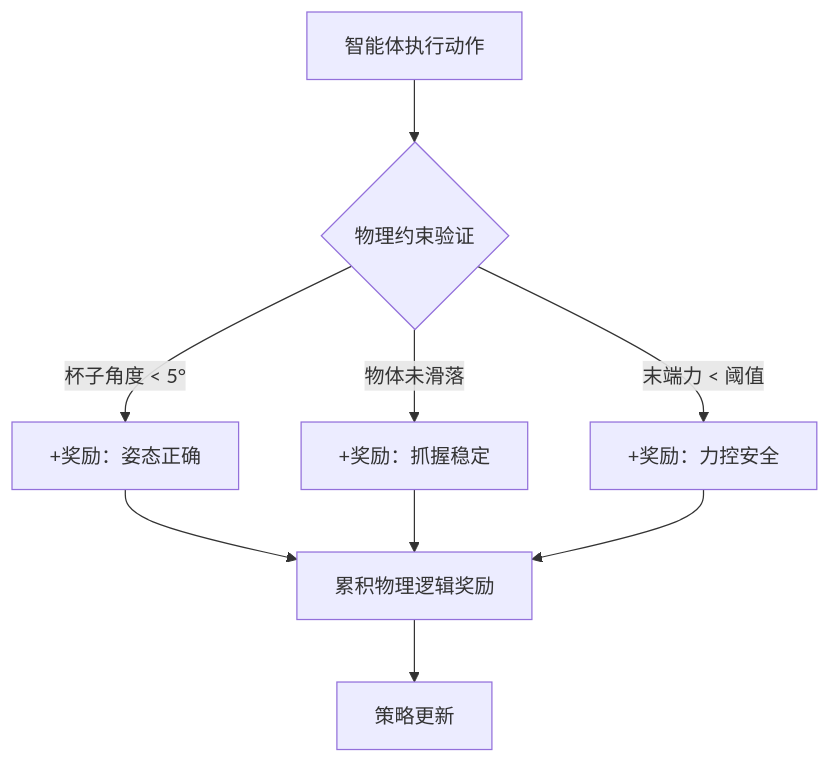
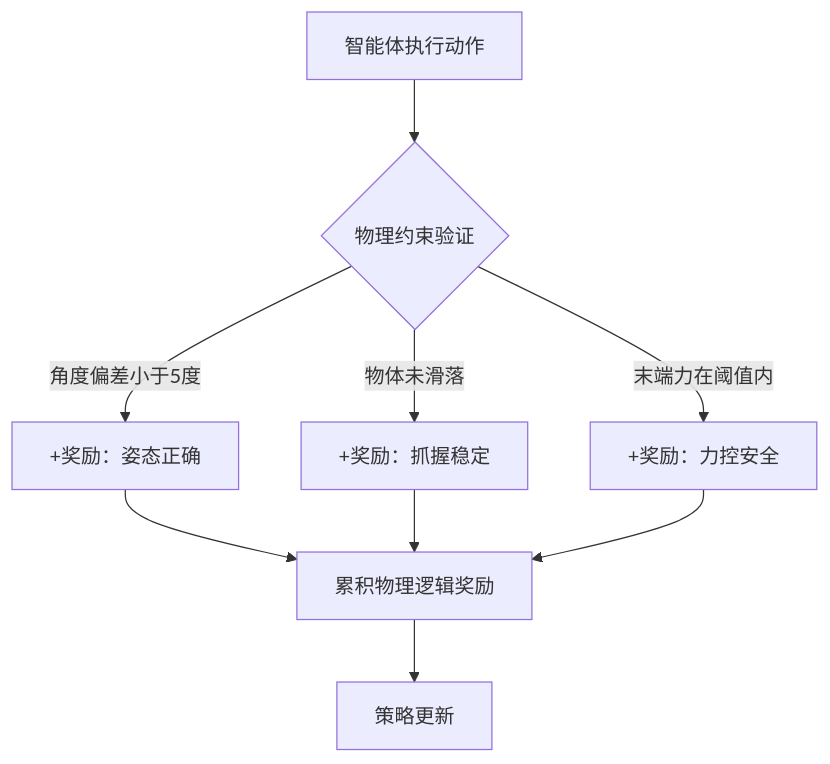
One commit to TingdeLiu/tingdeliu.github.io changed the tenth of 12 diagrams in _posts/2026-04-25-Reinforcement-Learning-Embodied-Survey.md. Above: the diagram before and after it, drawn with Mermaid. The commit also changed other lines of this file, not shown here.

Commit message:
Refine diagrams and terminology in Reinforcement Learning Embodied Survey for clarity and consistency

````diff
--- a/_posts/2026-04-25-Reinforcement-Learning-Embodied-Survey.md
+++ b/_posts/2026-04-25-Reinforcement-Learning-Embodied-Survey.md
@@ -621,11 +620,11 @@
 ```mermaid
 graph TD
-    A[智能体执行动作] --> B{物理约束验证}
-    B -->|杯子角度 < 5°| C[+奖励：姿态正确]
-    B -->|物体未滑落| D[+奖励：抓握稳定]
-    B -->|末端力 < 阈值| E[+奖励：力控安全]
-    C --> F[累积物理逻辑奖励]
+    A["智能体执行动作"] --> B{"物理约束验证"}
+    B -->|角度偏差小于5度| C["+奖励：姿态正确"]
+    B -->|物体未滑落| D["+奖励：抓握稳定"]
+    B -->|末端力在阈值内| E["+奖励：力控安全"]
+    C --> F["累积物理逻辑奖励"]
     D --> F
     E --> F
-    F --> G[策略更新]
+    F --> G["策略更新"]
 ```
````
